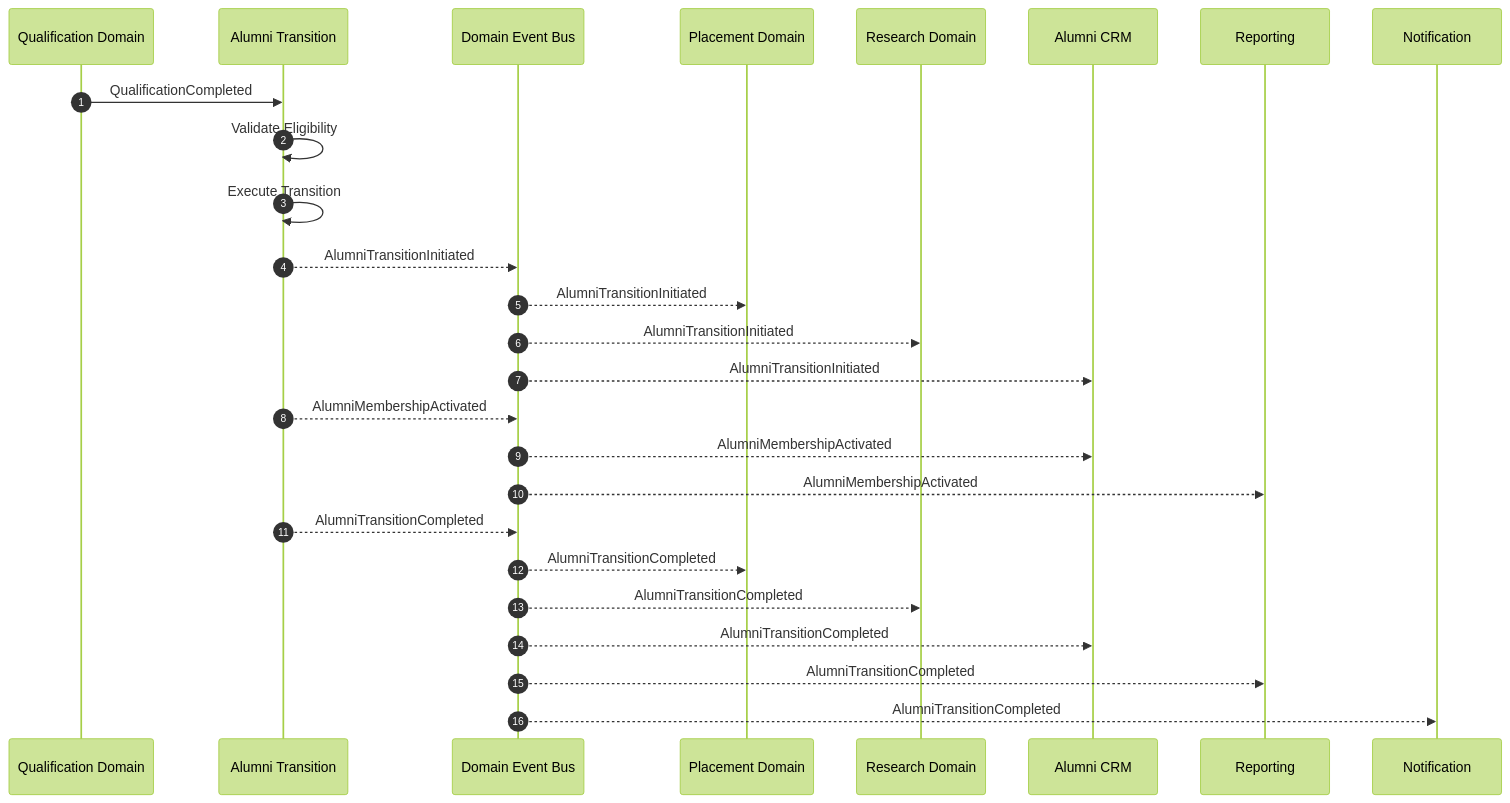
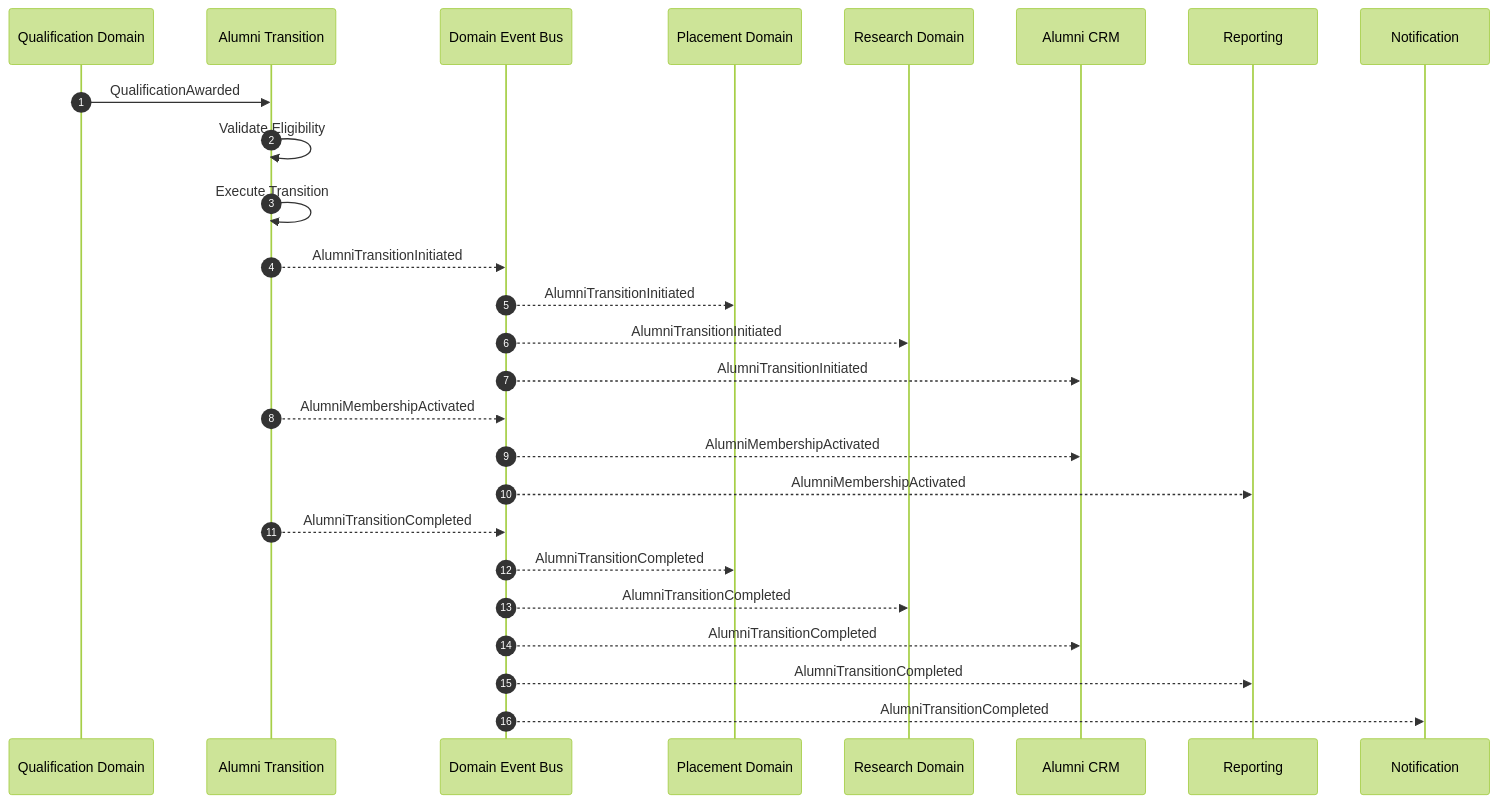
Before and after one commit to Varad1604/ERP_hark: diagram 14 of 20 in architecture/L2_Domain_Workflow_Architecture/section-c/L2-C08_Alumni_Transition_Workflows.md, drawn with Mermaid (forest theme). The commit also changed other lines of this file and 136 other files, not shown here.

````diff
--- a/architecture/L2_Domain_Workflow_Architecture/section-c/L2-C08_Alumni_Transition_Workflows.md
+++ b/architecture/L2_Domain_Workflow_Architecture/section-c/L2-C08_Alumni_Transition_Workflows.md
@@ -5770,37 +5815,37 @@
 ```mermaid
 sequenceDiagram
     autonumber
 
     participant Qualification as Qualification Domain
     participant Alumni as Alumni Transition
     participant EventBus as Domain Event Bus
     participant Placement as Placement Domain
     participant Research as Research Domain
     participant CRM as Alumni CRM
     participant Reporting as Reporting
     participant Notification as Notification
 
-    Qualification->>Alumni: QualificationCompleted
+    Qualification->>Alumni: QualificationAwarded
 
     Alumni->>Alumni: Validate Eligibility
     Alumni->>Alumni: Execute Transition
 
     Alumni-->>EventBus: AlumniTransitionInitiated
 
     EventBus-->>Placement: AlumniTransitionInitiated
     EventBus-->>Research: AlumniTransitionInitiated
     EventBus-->>CRM: AlumniTransitionInitiated
 
     Alumni-->>EventBus: AlumniMembershipActivated
 
     EventBus-->>CRM: AlumniMembershipActivated
     EventBus-->>Reporting: AlumniMembershipActivated
 
     Alumni-->>EventBus: AlumniTransitionCompleted
 
     EventBus-->>Placement: AlumniTransitionCompleted
     EventBus-->>Research: AlumniTransitionCompleted
     EventBus-->>CRM: AlumniTransitionCompleted
     EventBus-->>Reporting: AlumniTransitionCompleted
     EventBus-->>Notification: AlumniTransitionCompleted
 ```
````
